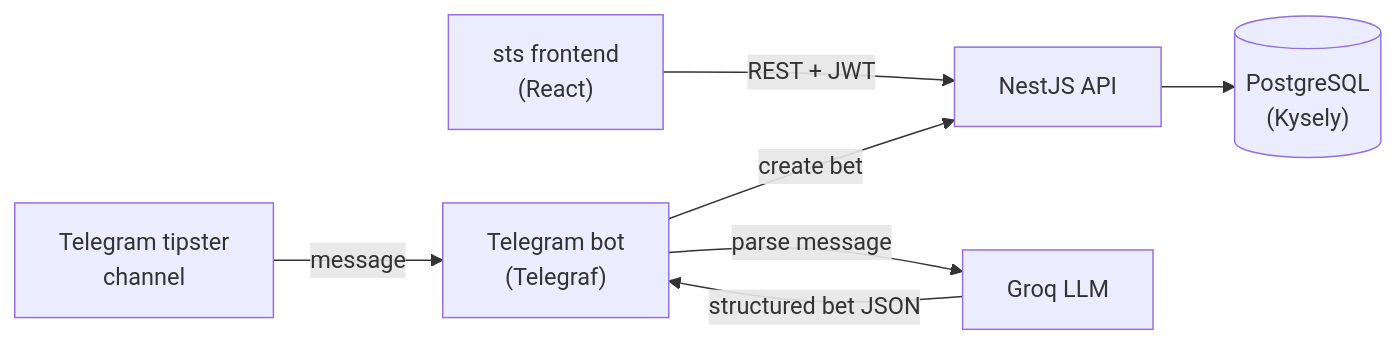
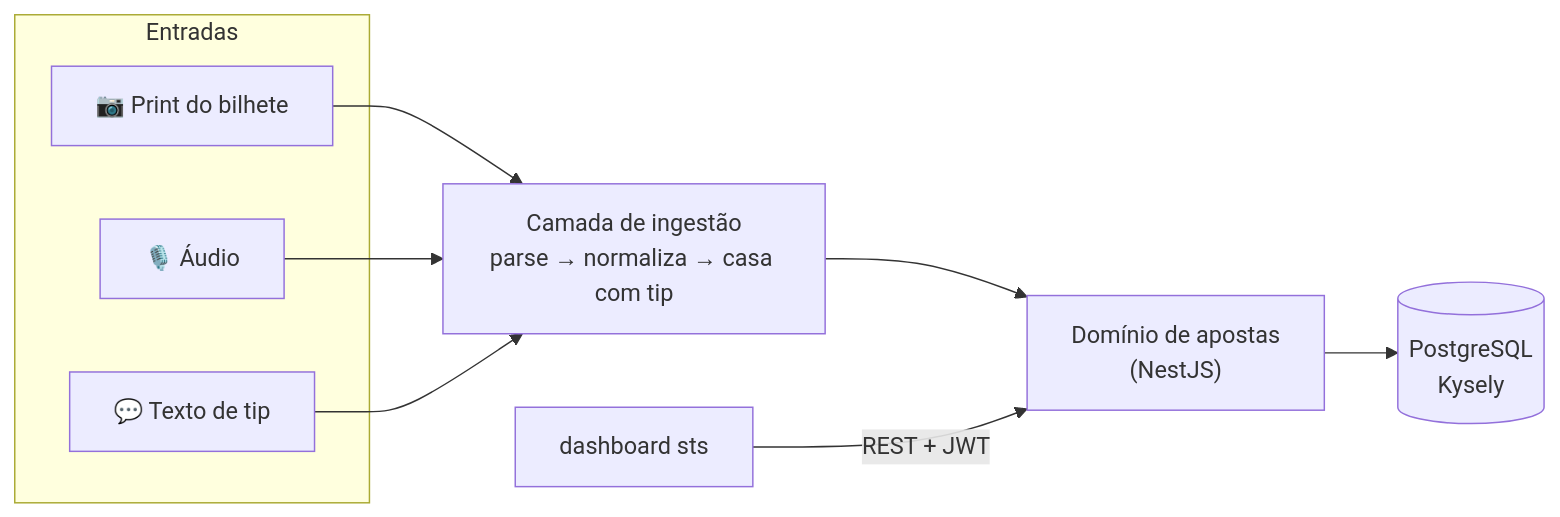
Before and after one commit to BrunoPerioto1/stsbackend: the first of 2 diagrams in README.md, drawn with Mermaid. The commit also changed other lines of this file and 1 other file, not shown here.

Commit message:
feat(docs): add operational notes for Telegram bot webhook and logging

````diff
--- a/README.md
+++ b/README.md
@@ -29,9 +15,14 @@
 ```mermaid
 graph LR
-    WEB["sts frontend<br/>(React)"] -->|REST + JWT| API
-    TG["Telegram tipster<br/>channel"] -->|message| BOT["Telegram bot<br/>(Telegraf)"]
-    BOT -->|"parse message"| LLM["Groq LLM"]
-    LLM -->|"structured bet JSON"| BOT
-    BOT -->|"create bet"| API["NestJS API"]
-    API --> DB[("PostgreSQL<br/>(Kysely)")]
+    subgraph Entradas
+        IMG["📷 Print do bilhete"]
+        AUD["🎙️ Áudio"]
+        TXT["💬 Texto de tip"]
+    end
+    IMG --> P
+    AUD --> P
+    TXT --> P
+    P["Camada de ingestão<br/>parse → normaliza → casa com tip"] --> API["Domínio de apostas<br/>(NestJS)"]
+    WEB["dashboard sts"] -->|REST + JWT| API
+    API --> DB[("PostgreSQL<br/>Kysely")]
 ```
````
